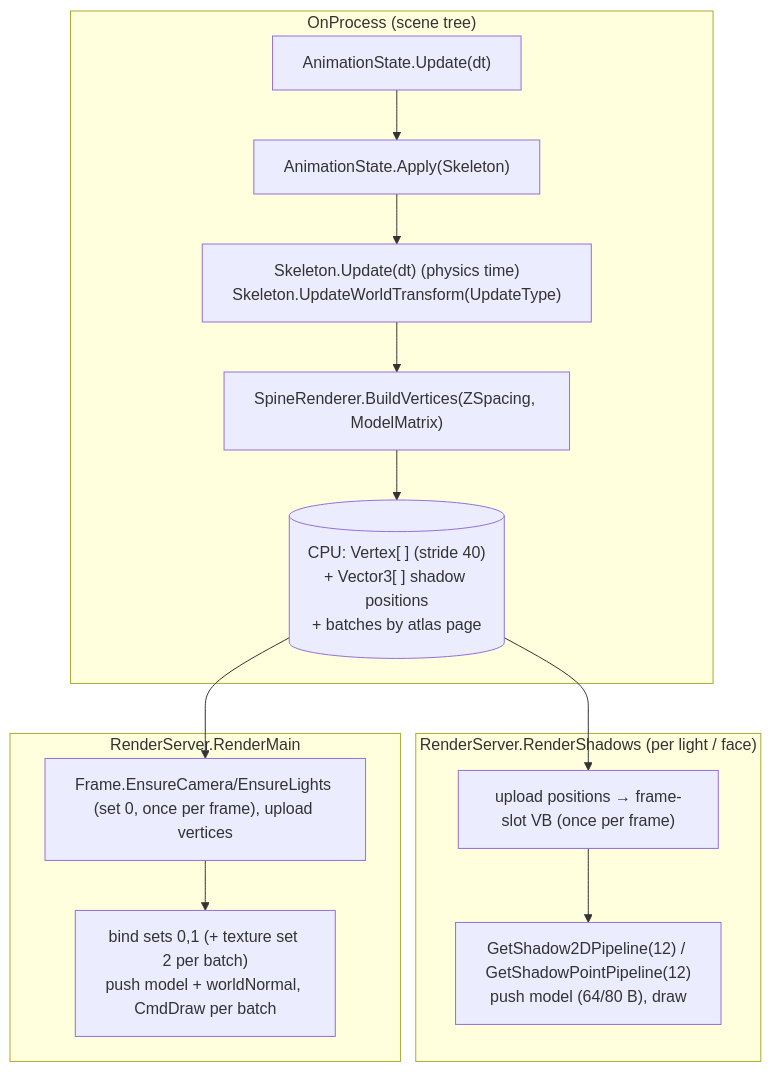
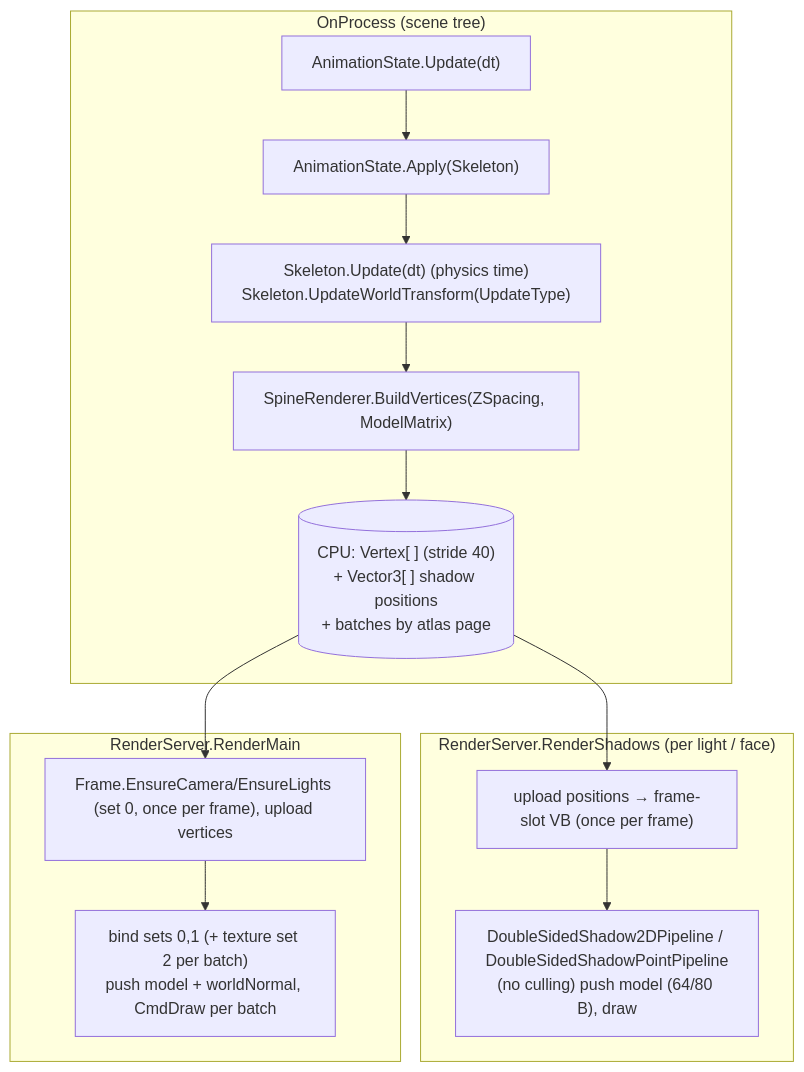
Before and after one commit to Mainframe-Games/mainframe-engine: the diagram in docs/design/spine.md, drawn with Mermaid. The commit also changed other lines of this file and 9 other files, not shown here.

First line of the commit message:
Spine casts double-sided shadows; Spine Demo shows them on a backdrop (#26)

````diff
--- a/docs/design/spine.md
+++ b/docs/design/spine.md
@@ -41,17 +41,17 @@
 ```mermaid
 flowchart TD
     subgraph Update["OnProcess (scene tree)"]
         U1["AnimationState.Update(dt)"] --> U2["AnimationState.Apply(Skeleton)"]
         U2 --> U3["Skeleton.Update(dt) (physics time)<br/>Skeleton.UpdateWorldTransform(UpdateType)"]
         U3 --> U4["SpineRenderer.BuildVertices(ZSpacing, ModelMatrix)"]
         U4 --> V[("CPU: Vertex[ ] (stride 40)<br/>+ Vector3[ ] shadow positions<br/>+ batches by atlas page")]
     end
     subgraph Shadow["RenderServer.RenderShadows (per light / face)"]
         V --> S1["upload positions → frame-slot VB (once per frame)"]
-        S1 --> S2["GetShadow2DPipeline(12) / GetShadowPointPipeline(12)<br/>push model (64/80 B), draw"]
+        S1 --> S2["DoubleSidedShadow2DPipeline / DoubleSidedShadowPointPipeline<br/>(no culling) push model (64/80 B), draw"]
     end
     subgraph Main["RenderServer.RenderMain"]
         V --> M1["Frame.EnsureCamera/EnsureLights (set 0, once per frame), upload vertices"]
         M1 --> M2["bind sets 0,1 (+ texture set 2 per batch)<br/>push model + worldNormal, CmdDraw per batch"]
     end
 ```
````
